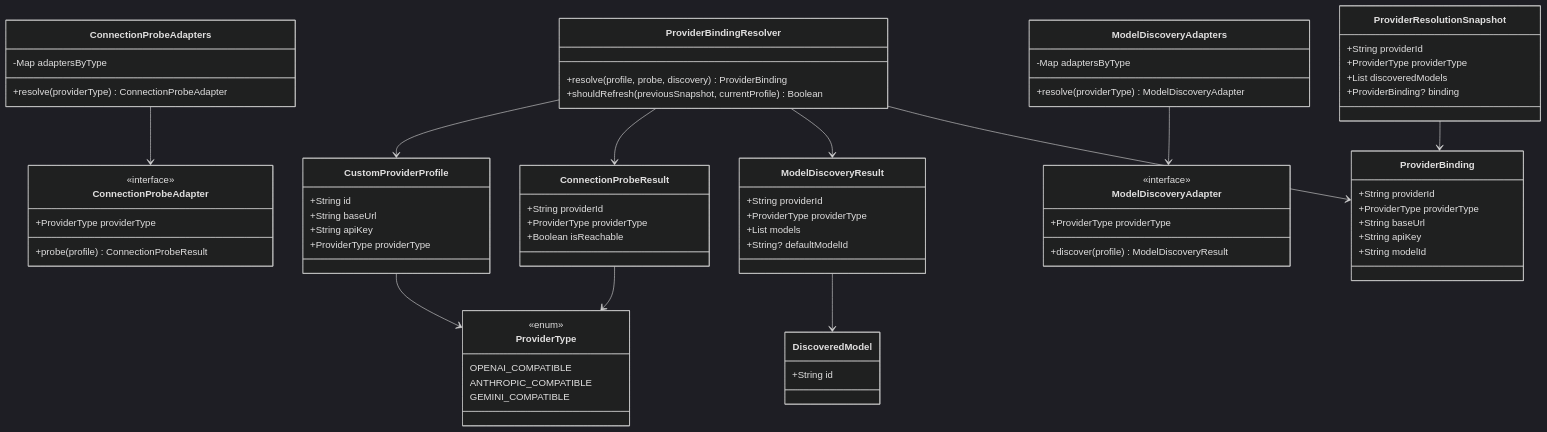
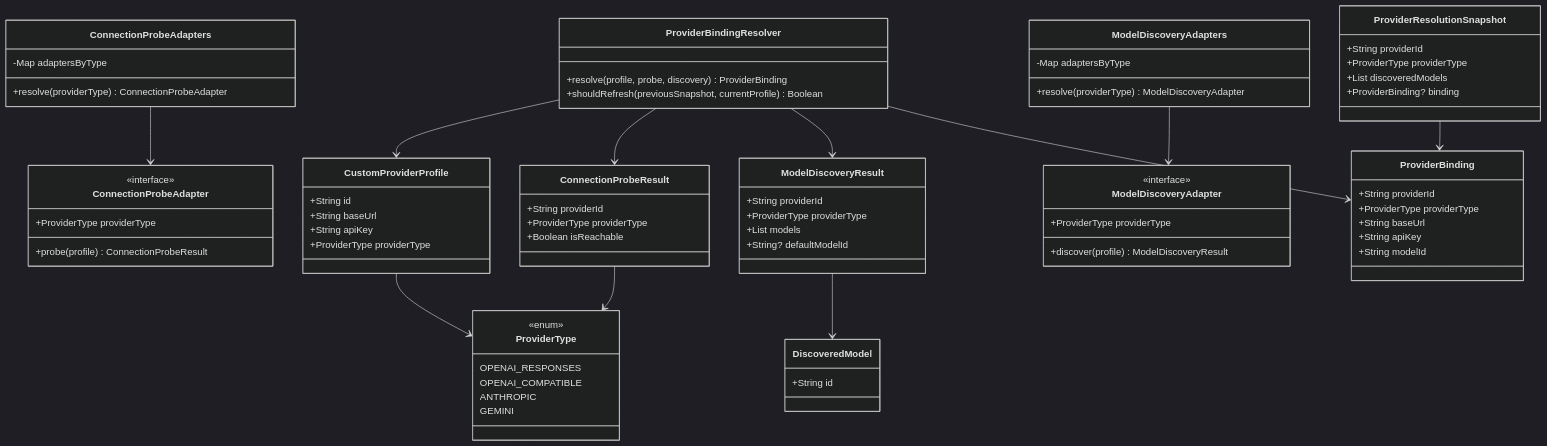
The third of 11 diagrams in docs/MAIN_LOGIC_RELATIONSHIPS.md (mulehang6/mulehang-agent), drawn with Mermaid (dark theme) before and after one commit. The commit also changed other lines of this file and 3 other files, not shown here.

```diff
--- a/docs/MAIN_LOGIC_RELATIONSHIPS.md
+++ b/docs/MAIN_LOGIC_RELATIONSHIPS.md
@@ -212,9 +212,10 @@
 classDiagram
     class ProviderType {
         <<enum>>
+        OPENAI_RESPONSES
         OPENAI_COMPATIBLE
-        ANTHROPIC_COMPATIBLE
-        GEMINI_COMPATIBLE
+        ANTHROPIC
+        GEMINI
     }
 
     class CustomProviderProfile {
```
